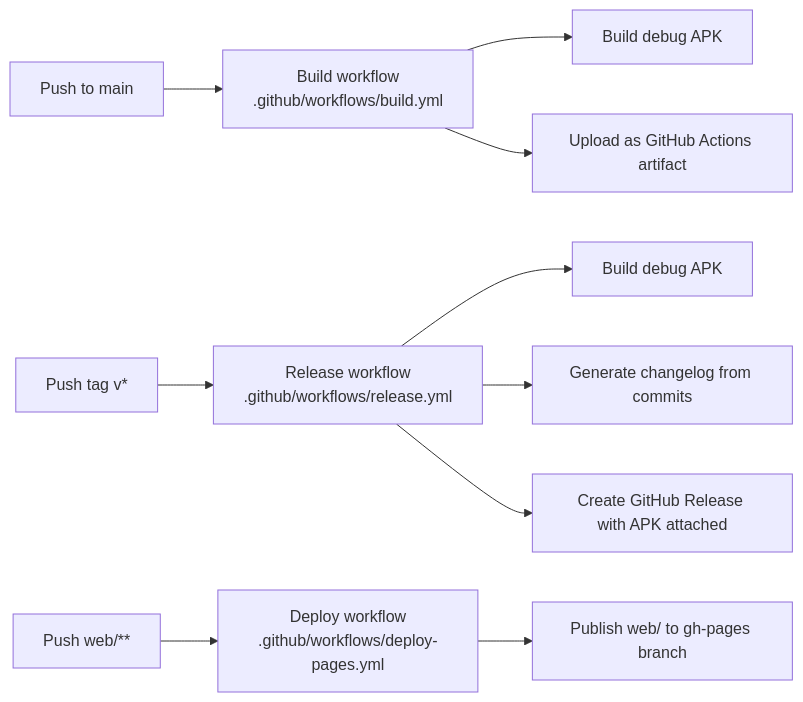
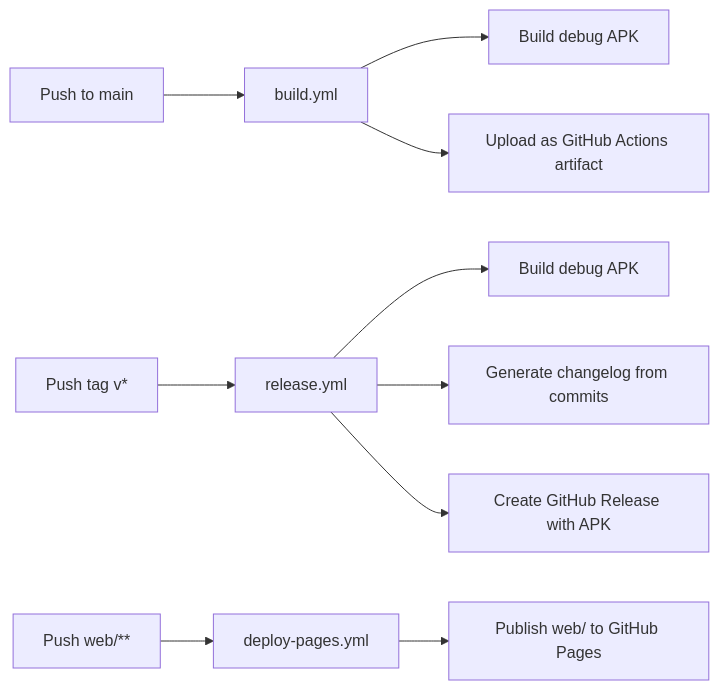
The ninth of 9 diagrams in docs/ARCHITECTURE.md (Laffs2k5/shelly-coffee-timer), drawn with Mermaid before and after one commit. The commit also changed other lines of this file and 36 other files, not shown here.

````diff
--- a/docs/ARCHITECTURE.md
+++ b/docs/ARCHITECTURE.md
@@ -168,14 +295,14 @@
 ```mermaid
 flowchart LR
-    Push["Push to main"] --> Build["Build workflow<br/>.github/workflows/build.yml"]
+    Push["Push to main"] --> Build["build.yml"]
     Build --> B1["Build debug APK"]
     Build --> B2["Upload as GitHub Actions artifact"]
 
-    Tag["Push tag v*"] --> Release["Release workflow<br/>.github/workflows/release.yml"]
+    Tag["Push tag v*"] --> Release["release.yml"]
     Release --> R1["Build debug APK"]
     Release --> R2["Generate changelog from commits"]
-    Release --> R3["Create GitHub Release with APK attached"]
+    Release --> R3["Create GitHub Release with APK"]
 
-    Web["Push web/**"] --> Deploy["Deploy workflow<br/>.github/workflows/deploy-pages.yml"]
-    Deploy --> D1["Publish web/ to gh-pages branch"]
+    Web["Push web/**"] --> Deploy["deploy-pages.yml"]
+    Deploy --> D1["Publish web/ to GitHub Pages"]
 ```
````
